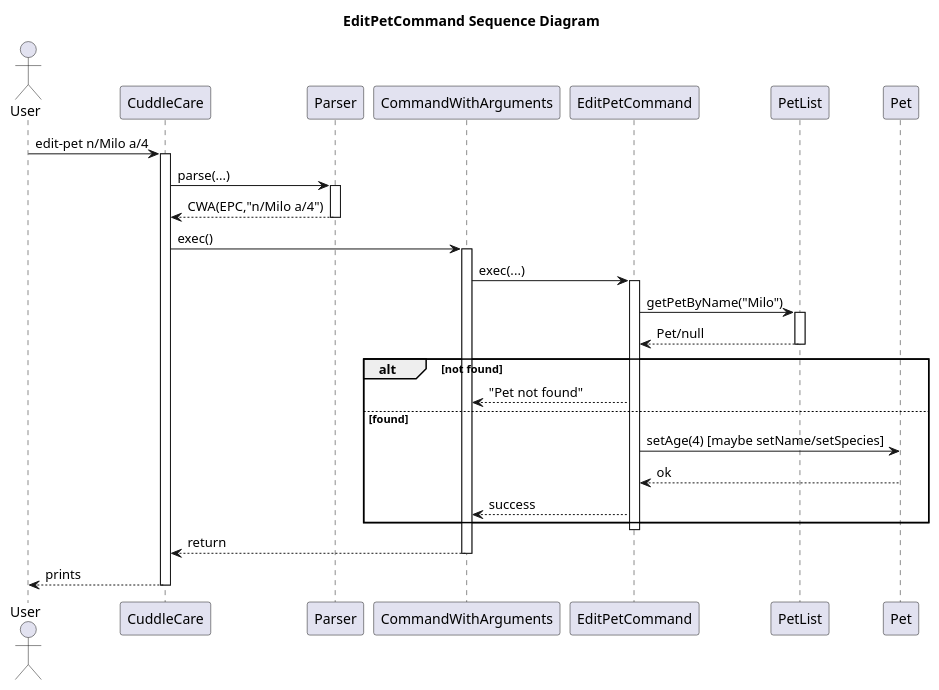
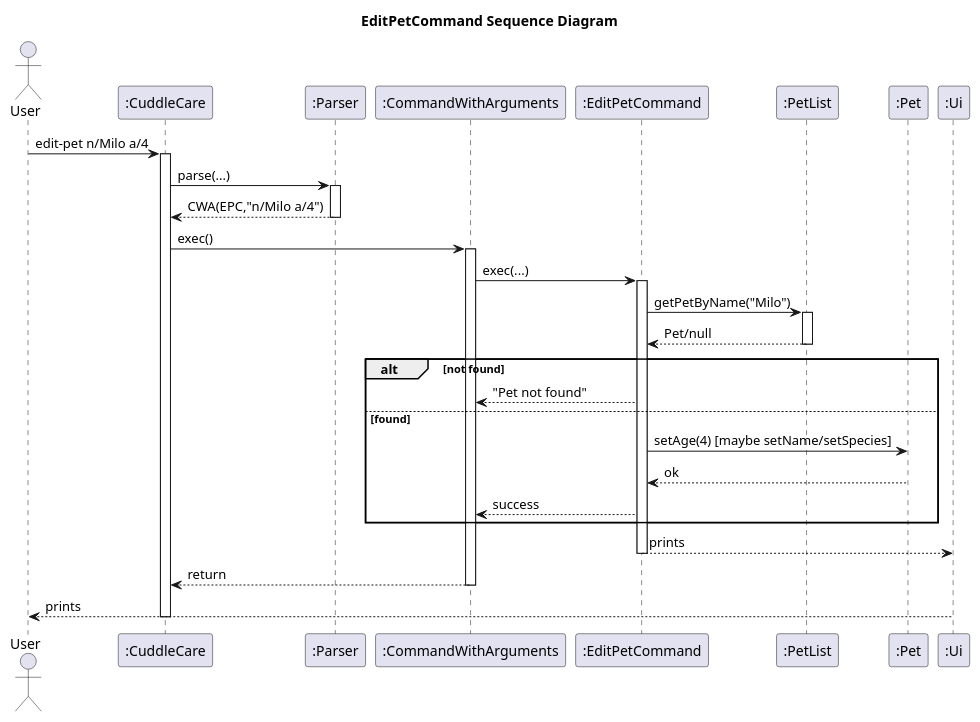
Before and after one commit to Kevin88866/tp: the diagram in docs/uml/EditPetCommand_Sequence_Diagram.puml, drawn with PlantUML. The commit also changed 19 other files, not shown here.

First line of the commit message:
update class and sequence diagram of listpet, mark/unmarktreatments, edit pet, group treatments by type

```diff
--- a/docs/uml/EditPetCommand_Sequence_Diagram.puml
+++ b/docs/uml/EditPetCommand_Sequence_Diagram.puml
@@ -1,39 +1,41 @@
 @startuml
 title EditPetCommand Sequence Diagram
 actor User
-participant CuddleCare
-participant Parser
-participant CommandWithArguments as CWA
-participant EditPetCommand as EPC
-participant PetList
-participant Pet
+participant ":CuddleCare" as CuddleCare
+participant ":Parser" as Parser
+participant ":CommandWithArguments" as CWA
+participant ":EditPetCommand" as EPC
+participant ":PetList" as PetList
+participant ":Pet" as Pet
+participant ":Ui" as Ui
 
 User -> CuddleCare : edit-pet n/Milo a/4
 activate CuddleCare
 CuddleCare -> Parser : parse(...)
 activate Parser
 Parser --> CuddleCare : CWA(EPC,"n/Milo a/4")
 deactivate Parser
 
 CuddleCare -> CWA : exec()
 activate CWA
 CWA -> EPC : exec(...)
 activate EPC
 EPC -> PetList : getPetByName("Milo")
 activate PetList
 PetList --> EPC : Pet/null
 deactivate PetList
 
 alt not found
   EPC --> CWA : "Pet not found"
 else found
   EPC -> Pet : setAge(4) [maybe setName/setSpecies]
   Pet --> EPC : ok
   EPC --> CWA : success
 end
+  EPC --> Ui : prints
 deactivate EPC
 CWA --> CuddleCare : return
 deactivate CWA
-CuddleCare --> User : prints
+Ui --> User : prints
 deactivate CuddleCare
 @enduml
```
